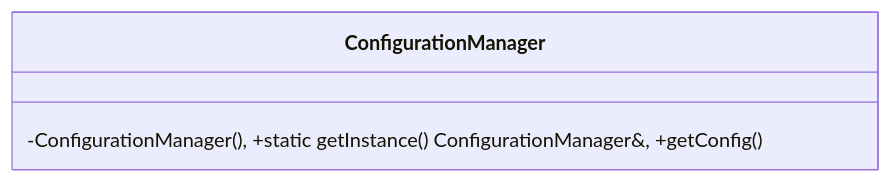
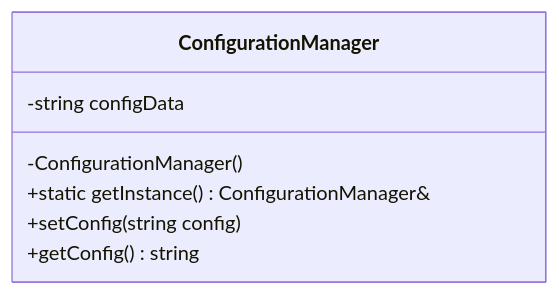
One commit to divyap271/systemDesign changed the eighth of 22 diagrams in readme.md. Above: the diagram before and after it, drawn with Mermaid. The commit also changed other lines of this file, not shown here.

````diff
--- a/readme.md
+++ b/readme.md
@@ -134,4 +239,10 @@
 ```mermaid
 classDiagram
-    class ConfigurationManager { -ConfigurationManager(), +static getInstance() ConfigurationManager&, +getConfig() }
+    class ConfigurationManager {
+        -string configData
+        -ConfigurationManager()
+        +static getInstance() ConfigurationManager&
+        +setConfig(string config)
+        +getConfig() string
+    }
 ```
````
